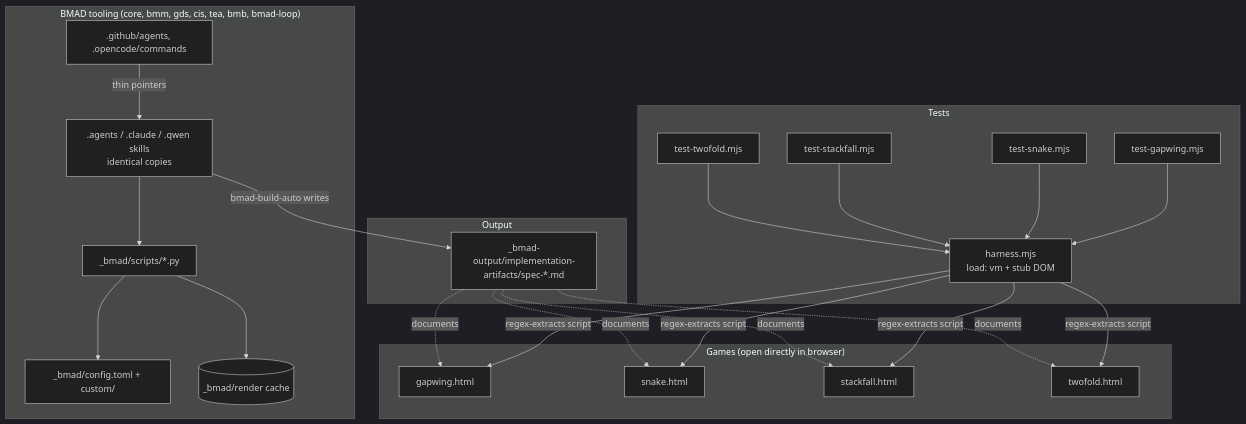
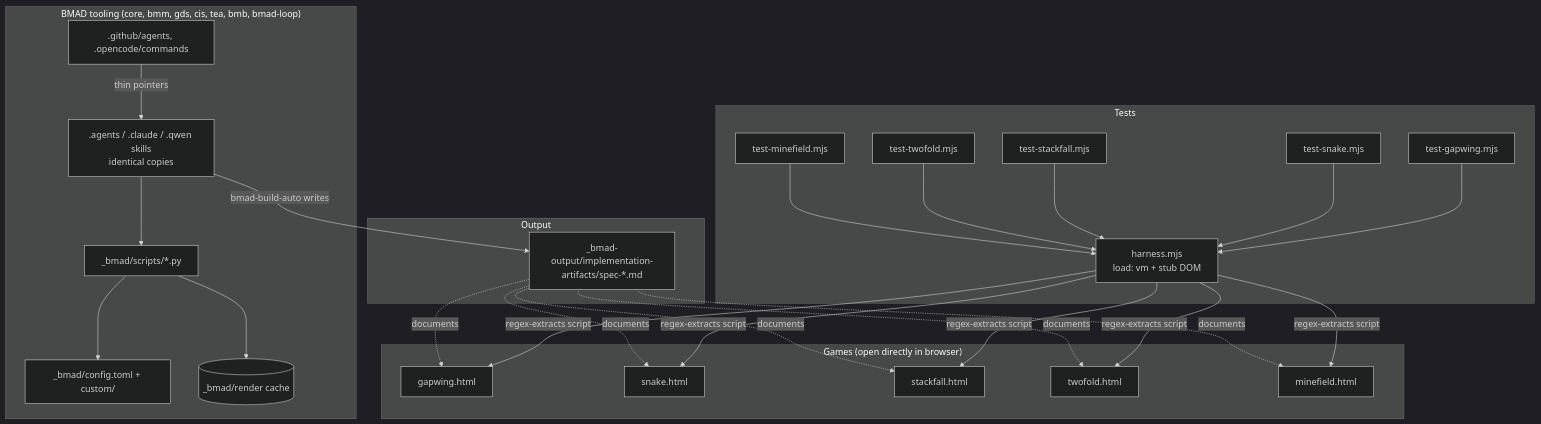
One commit to KPharcos/retro-games changed the first of 3 diagrams in docs/CODEBASE_MAP.md. Above: the diagram before and after it, drawn with Mermaid (dark theme). The commit also changed other lines of this file and 5 other files, not shown here.

First line of the commit message:
Add Minefield, a mine-sweeping puzzle, with tests

````diff
--- a/docs/CODEBASE_MAP.md
+++ b/docs/CODEBASE_MAP.md
@@ -17,43 +17,48 @@
 ```mermaid
 graph TB
     subgraph Games["Games (open directly in browser)"]
         Gap[gapwing.html]
         Snk[snake.html]
         Stk[stackfall.html]
         Two[twofold.html]
+        Mine[minefield.html]
     end
     subgraph Tests
         H[harness.mjs<br/>load: vm + stub DOM]
         TG[test-gapwing.mjs]
         TS[test-snake.mjs]
         TF[test-stackfall.mjs]
         TT[test-twofold.mjs]
+        TM[test-minefield.mjs]
     end
     subgraph BMAD["BMAD tooling (core, bmm, gds, cis, tea, bmb, bmad-loop)"]
         Cfg[_bmad/config.toml + custom/]
         Scripts[_bmad/scripts/*.py]
         Render[(_bmad/render cache)]
         Skills[.agents / .claude / .qwen skills<br/>identical copies]
         Adapters[.github/agents, .opencode/commands]
     end
     subgraph Output
         Specs[_bmad-output/implementation-artifacts/spec-*.md]
     end
     TG --> H
     TS --> H
     TF --> H
     TT --> H
+    TM --> H
     H -->|regex-extracts script| Gap
     H -->|regex-extracts script| Snk
     H -->|regex-extracts script| Stk
     H -->|regex-extracts script| Two
+    H -->|regex-extracts script| Mine
     Skills --> Scripts
     Scripts --> Cfg
     Scripts --> Render
     Adapters -->|thin pointers| Skills
     Skills -->|bmad-build-auto writes| Specs
     Specs -.documents.-> Gap
     Specs -.documents.-> Snk
     Specs -.documents.-> Stk
     Specs -.documents.-> Two
+    Specs -.documents.-> Mine
 ```
````
